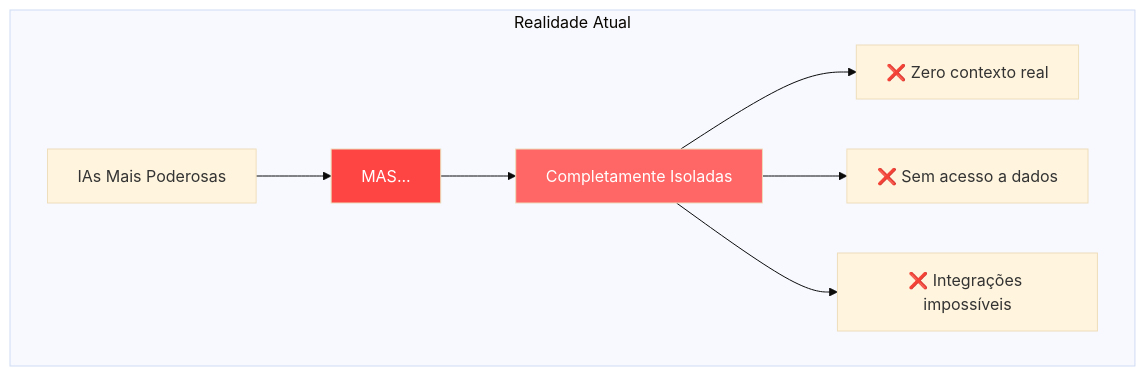
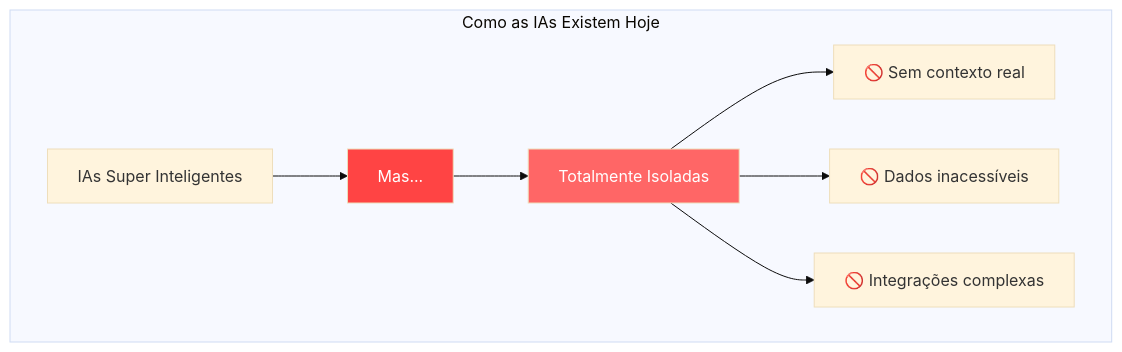
The first of 17 diagrams in AI/Comunicação/MCP/00-mcp-presentation-zero to hero.md (felipepimentel/my-public-notes), drawn with Mermaid (base theme) before and after one commit. The commit also changed other lines of this file, not shown here.

````diff
--- a/AI/Comunicação/MCP/00-mcp-presentation-zero to hero.md
+++ b/AI/Comunicação/MCP/00-mcp-presentation-zero to hero.md
@@ -9,16 +9,16 @@
 ```mermaid
 graph TD
-    subgraph "Realidade Atual"
-        IAs[IAs Mais Poderosas] 
-        BUT[MAS...] 
-        ISO[Completamente Isoladas]
+    subgraph "Como as IAs Existem Hoje"
+        IAs[IAs Super Inteligentes] 
+        BUT[Mas...] 
+        ISO[Totalmente Isoladas]
         IAs --> BUT --> ISO
         
-        ISO --> PROB1[❌ Zero contexto real]
-        ISO --> PROB2[❌ Sem acesso a dados]
-        ISO --> PROB3[❌ Integrações impossíveis]
+        ISO --> PROB1[🚫 Sem contexto real]
+        ISO --> PROB2[🚫 Dados inacessíveis]
+        ISO --> PROB3[🚫 Integrações complexas]
     end
     
     style BUT fill:#ff4444,color:#fff
     style ISO fill:#ff6666,color:#fff
 ```
````
